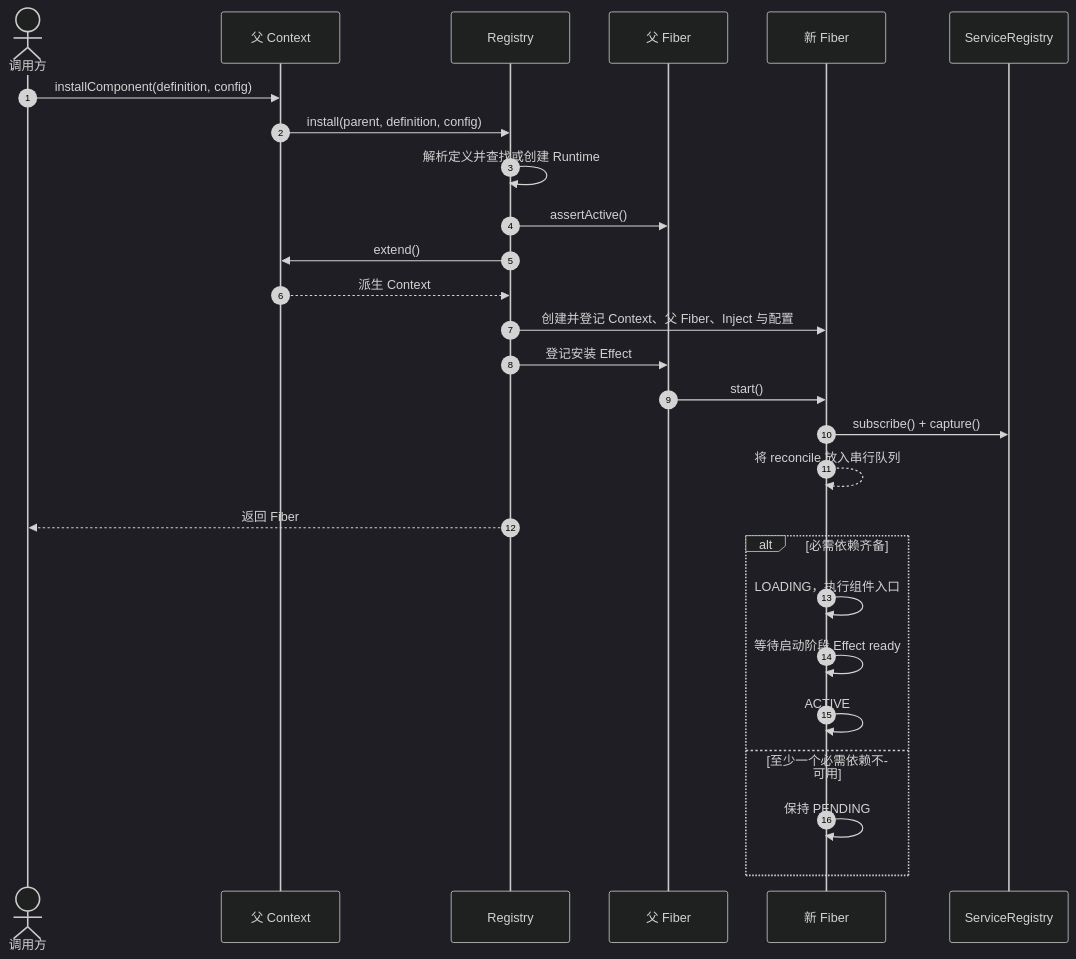
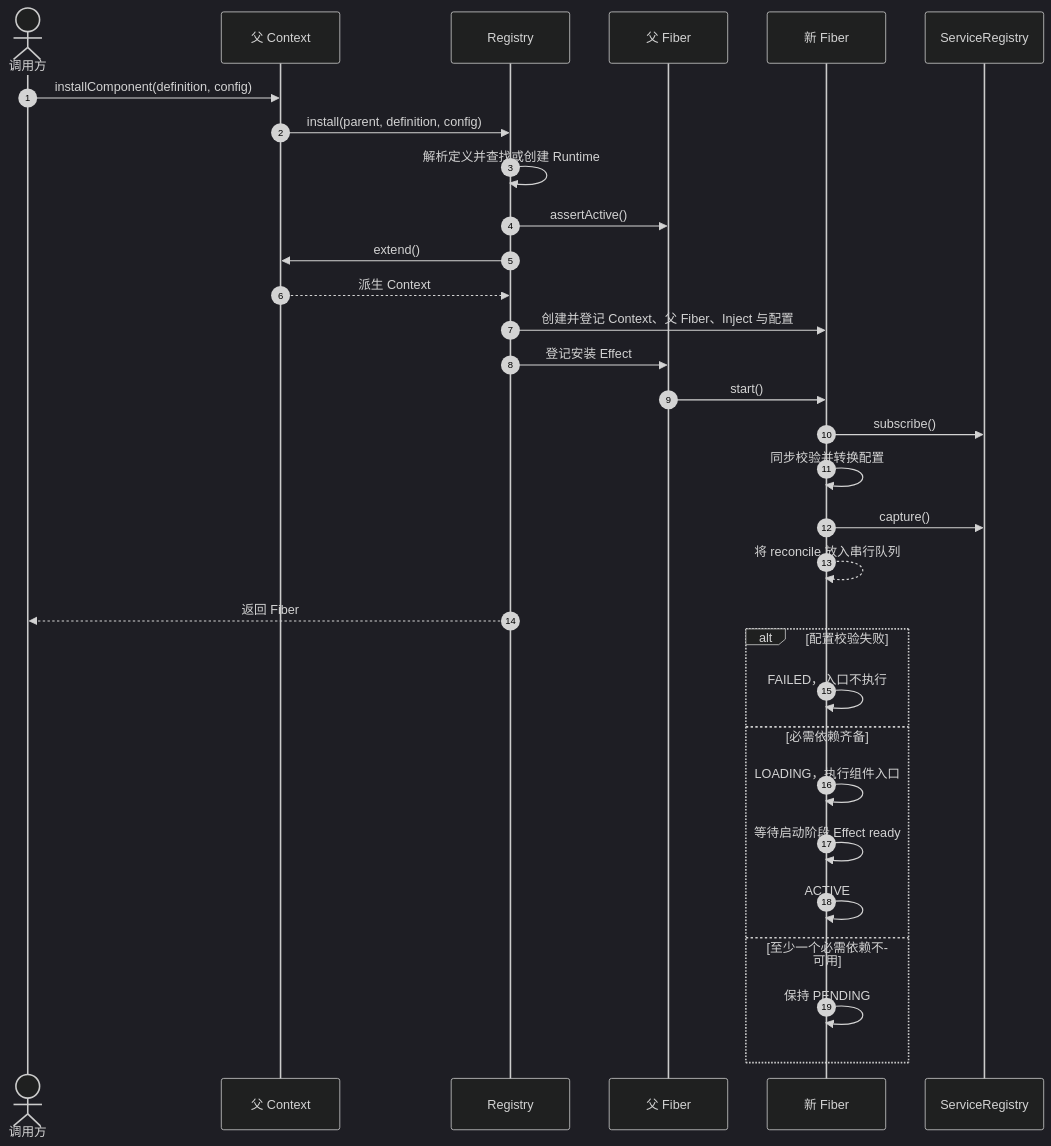
The fifth of 7 diagrams in docs/architecture.md (fanfan-de/NyaCore), drawn with Mermaid (dark theme) before and after one commit. The commit also changed other lines of this file and 12 other files, not shown here.

````diff
--- a/docs/architecture.md
+++ b/docs/architecture.md
@@ -197,31 +197,35 @@
 ```mermaid
 sequenceDiagram
     autonumber
     actor Caller as 调用方
     participant Context as 父 Context
     participant Registry as Registry
     participant Parent as 父 Fiber
     participant Fiber as 新 Fiber
     participant Services as ServiceRegistry
 
     Caller->>Context: installComponent(definition, config)
     Context->>Registry: install(parent, definition, config)
     Registry->>Registry: 解析定义并查找或创建 Runtime
     Registry->>Parent: assertActive()
     Registry->>Context: extend()
     Context-->>Registry: 派生 Context
     Registry->>Fiber: 创建并登记 Context、父 Fiber、Inject 与配置
     Registry->>Parent: 登记安装 Effect
     Parent->>Fiber: start()
-    Fiber->>Services: subscribe() + capture()
+    Fiber->>Services: subscribe()
+    Fiber->>Fiber: 同步校验并转换配置
+    Fiber->>Services: capture()
     Fiber-->>Fiber: 将 reconcile 放入串行队列
     Registry-->>Caller: 返回 Fiber
 
-    alt 必需依赖齐备
+    alt 配置校验失败
+        Fiber->>Fiber: FAILED，入口不执行
+    else 必需依赖齐备
         Fiber->>Fiber: LOADING，执行组件入口
         Fiber->>Fiber: 等待启动阶段 Effect ready
         Fiber->>Fiber: ACTIVE
     else 至少一个必需依赖不可用
         Fiber->>Fiber: 保持 PENDING
     end
 ```
````
